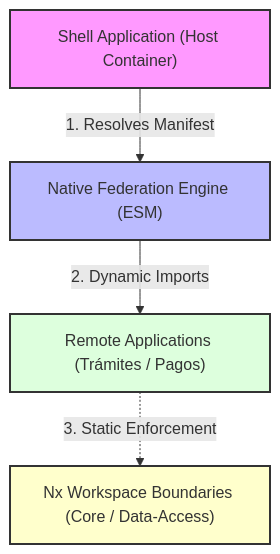
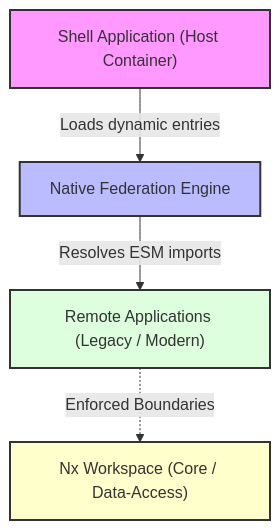
One commit to lrangela/govportal changed the diagram in README.md. Above: the diagram before and after it, drawn with Mermaid. The commit also changed other lines of this file and 4 other files, not shown here.

````diff
--- a/README.md
+++ b/README.md
@@ -14,11 +14,11 @@
 ```mermaid
 graph TD
-    Shell["Shell Application (Host Container)"] -->|1. Resolves Manifest| NatFed["Native Federation Engine (ESM)"]
-    NatFed -->|2. Dynamic Imports| Remotes["Remote Applications (Trámites / Pagos)"]
-    Remotes -.->|3. Static Enforcement| Nx["Nx Workspace Boundaries (Core / Data-Access)"]
+    Shell["Shell Application (Host Container)"] -->|Loads dynamic entries| NatFed["Native Federation Engine"]
+    NatFed -->|Resolves ESM imports| Remotes["Remote Applications (Legacy / Modern)"]
+    Remotes -.->|Enforced Boundaries| Nx["Nx Workspace (Core / Data-Access)"]
     
     style Shell fill:#f9f,stroke:#333,stroke-width:2px
     style NatFed fill:#bbf,stroke:#333,stroke-width:2px
     style Remotes fill:#dfd,stroke:#333,stroke-width:2px
     style Nx fill:#ffc,stroke:#333,stroke-width:2px
 ```
````
